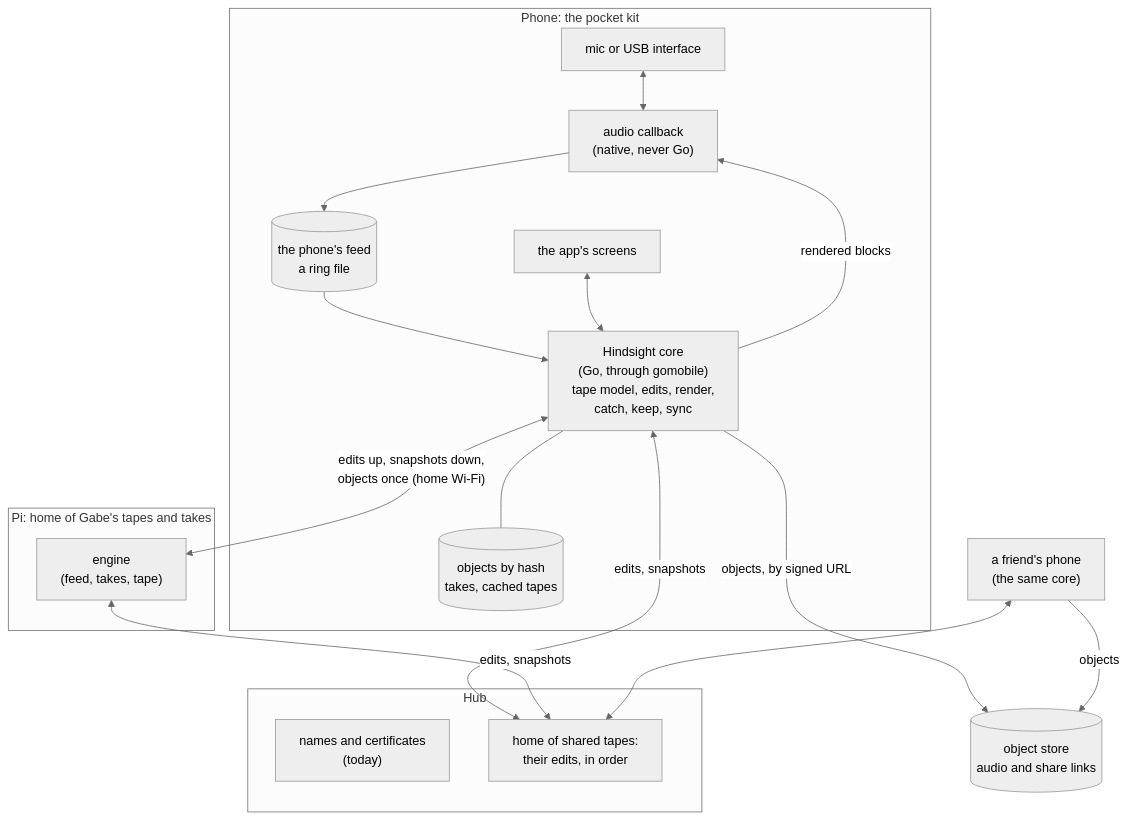
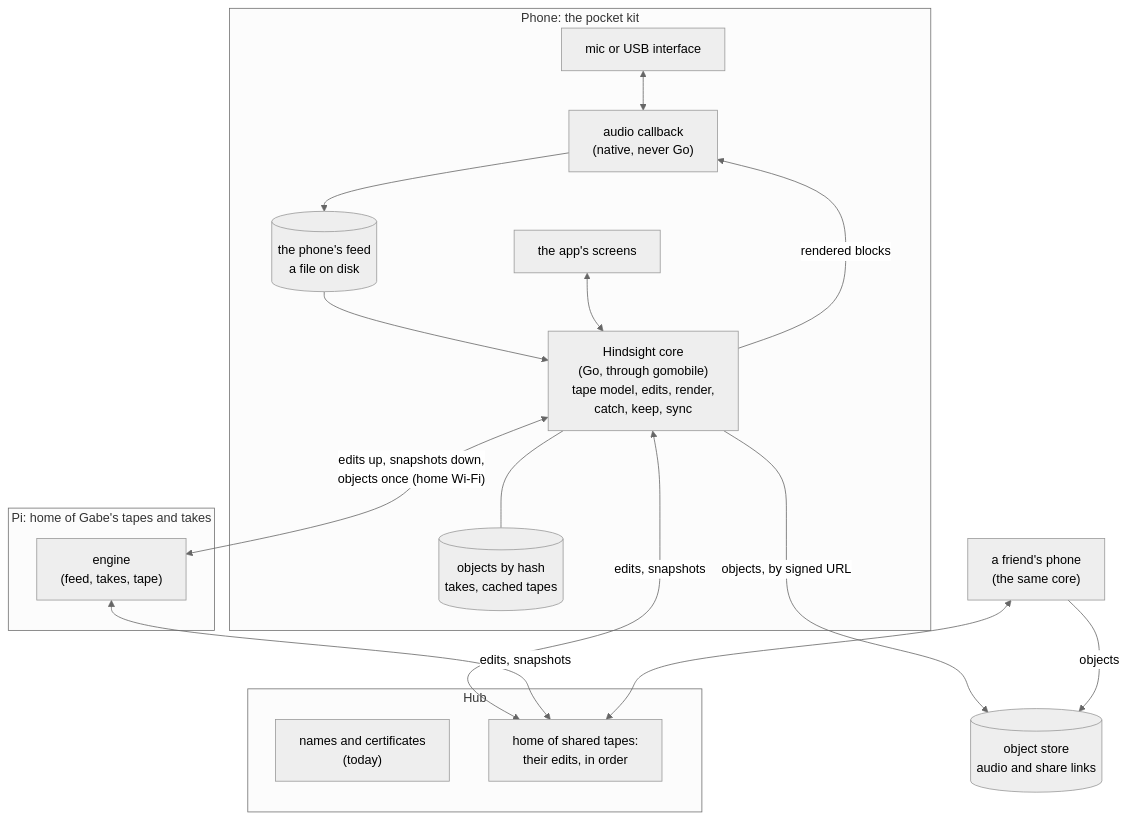
One commit to gabeduke/hindsight changed the diagram in docs/plan/the-pocket-kit.md. Above: the diagram before and after it, drawn with Mermaid (neutral theme). The commit also changed other lines of this file, not shown here.

````diff
--- a/docs/plan/the-pocket-kit.md
+++ b/docs/plan/the-pocket-kit.md
@@ -35,27 +35,27 @@
 ```mermaid
 flowchart TB
   subgraph phone["Phone: the pocket kit"]
     io["mic or USB interface"] <--> cb["audio callback<br/>(native, never Go)"]
-    cb --> feed[("the phone's feed<br/>a ring file")]
+    cb --> feed[("the phone's feed<br/>a file on disk")]
     core["Hindsight core<br/>(Go, through gomobile)<br/>tape model, edits, render,<br/>catch, keep, sync"]
     feed --> core
     core -->|"rendered blocks"| cb
     ui["the app's screens"] <--> core
     objs[("objects by hash<br/>takes, cached tapes")]
     core --- objs
   end
   subgraph pi["Pi: home of Gabe's tapes and takes"]
     engine["engine<br/>(feed, takes, tape)"]
   end
   subgraph hub["Hub"]
     names["names and certificates<br/>(today)"]
     homes["home of shared tapes:<br/>their edits, in order"]
   end
   store[("object store<br/>audio and share links")]
   core <-->|"edits up, snapshots down,<br/>objects once (home Wi-Fi)"| engine
   core <-->|"edits, snapshots"| homes
   core -->|"objects, by signed URL"| store
   engine <-->|"edits, snapshots"| homes
   friend["a friend's phone<br/>(the same core)"] <--> homes
   friend -->|"objects"| store
 ```
````
